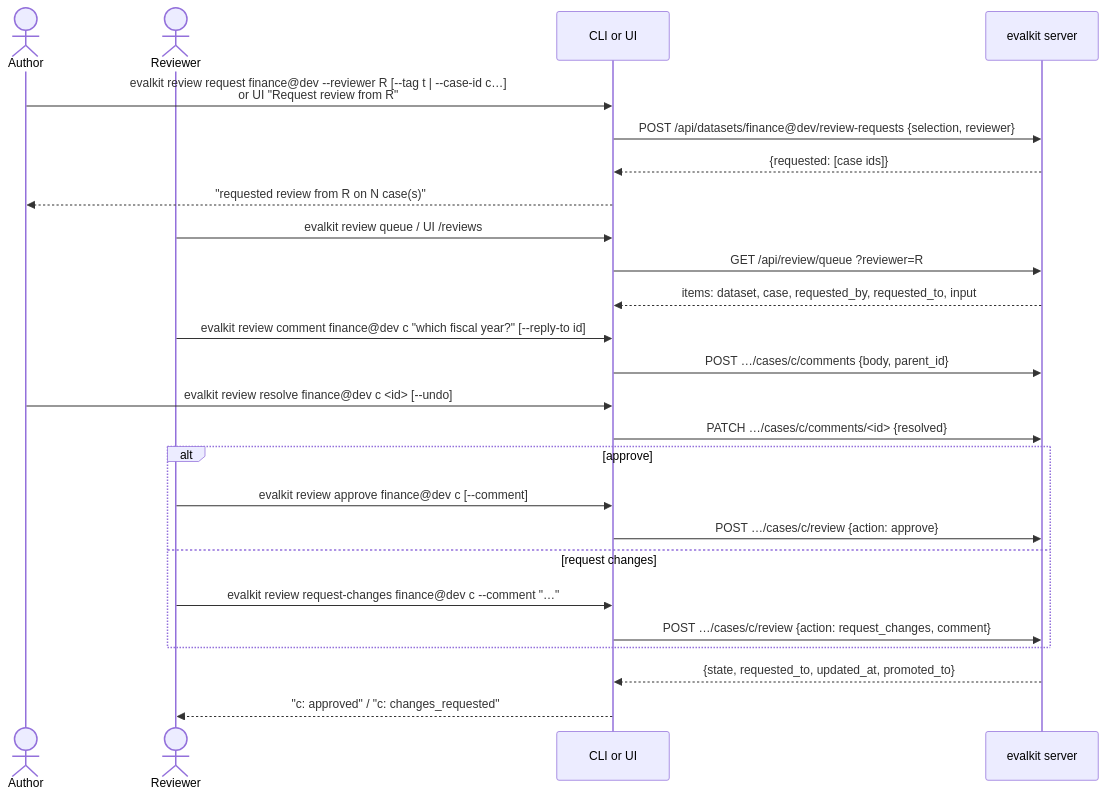
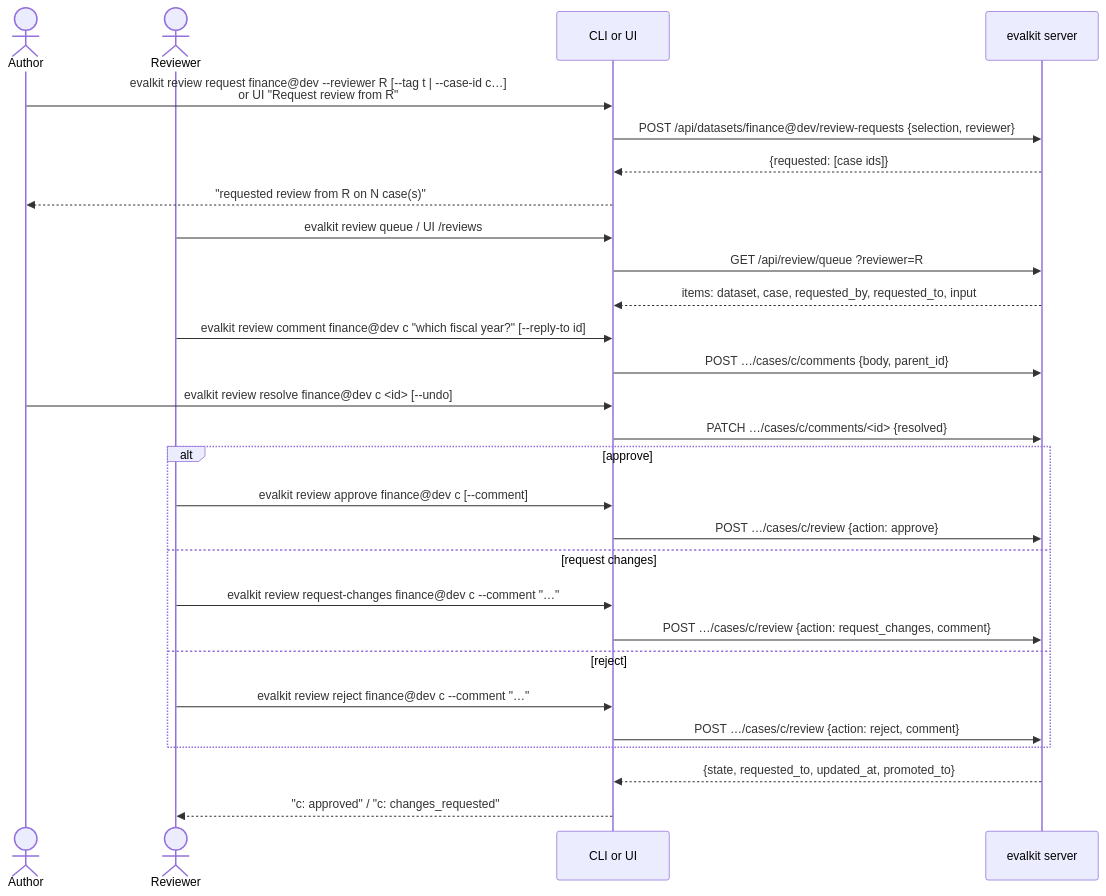
One commit to inferedge-ai/evalkit changed the first of 3 diagrams in docs/flows/05-case-review.md. Above: the diagram before and after it, drawn with Mermaid. The commit also changed 18 other files, not shown here.

````diff
--- a/docs/flows/05-case-review.md
+++ b/docs/flows/05-case-review.md
@@ -25,27 +25,30 @@
 ```mermaid
 sequenceDiagram
   actor Au as Author
   actor R as Reviewer
   participant C as CLI or UI
   participant S as evalkit server
   Au->>C: evalkit review request finance@dev --reviewer R [--tag t | --case-id c…]<br/>or UI "Request review from R"
   C->>S: POST /api/datasets/finance@dev/review-requests {selection, reviewer}
   S-->>C: {requested: [case ids]}
   C-->>Au: "requested review from R on N case(s)"
   R->>C: evalkit review queue / UI /reviews
   C->>S: GET /api/review/queue ?reviewer=R
   S-->>C: items: dataset, case, requested_by, requested_to, input
   R->>C: evalkit review comment finance@dev c "which fiscal year?" [--reply-to id]
   C->>S: POST …/cases/c/comments {body, parent_id}
   Au->>C: evalkit review resolve finance@dev c #lt;id#gt; [--undo]
   C->>S: PATCH …/cases/c/comments/#lt;id#gt; {resolved}
   alt approve
     R->>C: evalkit review approve finance@dev c [--comment]
     C->>S: POST …/cases/c/review {action: approve}
   else request changes
     R->>C: evalkit review request-changes finance@dev c --comment "…"
     C->>S: POST …/cases/c/review {action: request_changes, comment}
+  else reject
+    R->>C: evalkit review reject finance@dev c --comment "…"
+    C->>S: POST …/cases/c/review {action: reject, comment}
   end
   S-->>C: {state, requested_to, updated_at, promoted_to}
   C-->>R: "c: approved" / "c: changes_requested"
 ```
````
